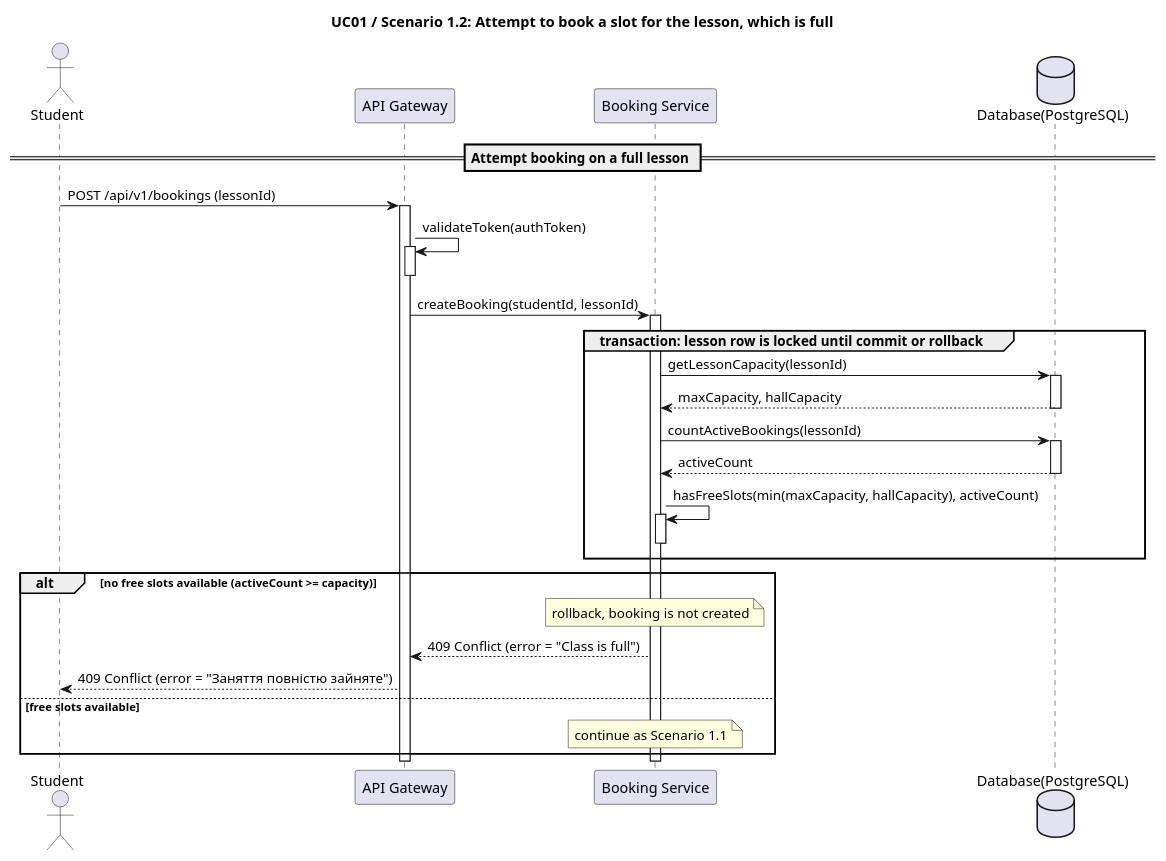
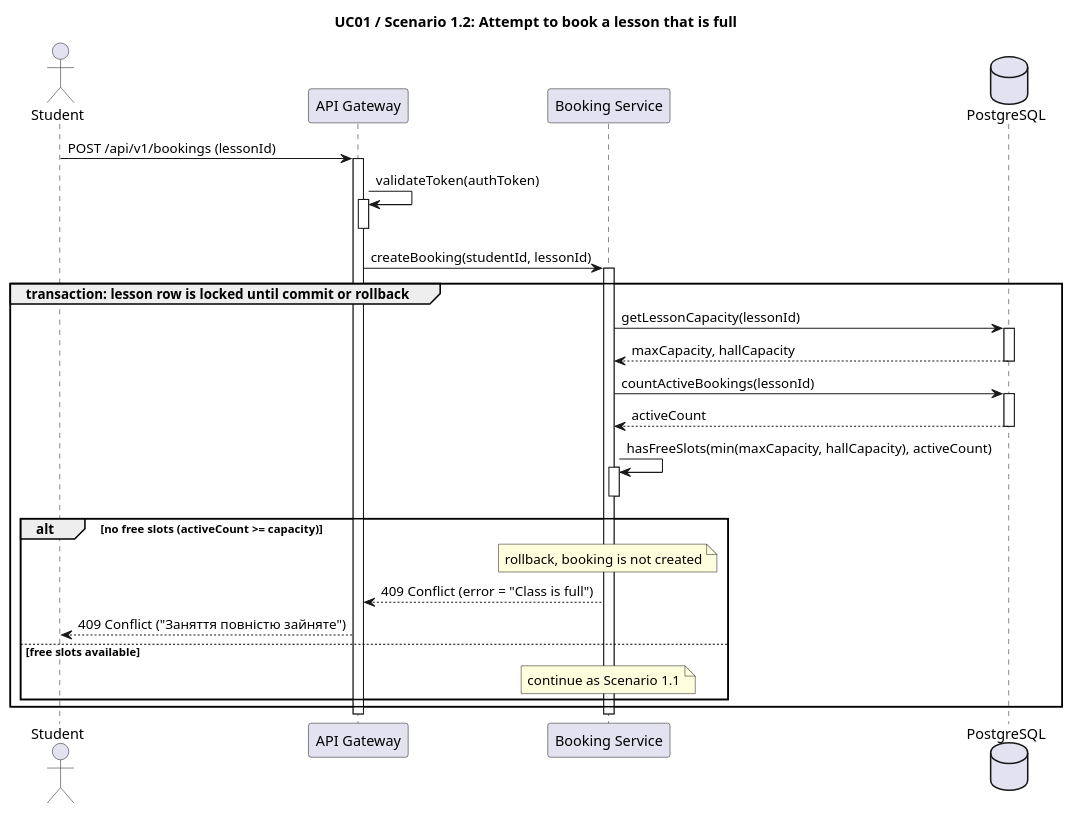
Before and after one commit to prashchukdanylo-stack/software-requirements-modeling-and-analysis: the diagram in lab3/1.2.puml, drawn with PlantUML. The commit also changed 3 other files, not shown here.

Commit message:
made some changes in first 3 diagrams, redone 1.4 diagram

```diff
--- a/lab3/1.2.puml
+++ b/lab3/1.2.puml
@@ -1,51 +1,45 @@
 @startuml
-
-title UC01 / Scenario 1.2: Attempt to book a slot for the lesson, which is full
-
+title UC01 / Scenario 1.2: Attempt to book a lesson that is full
 
 actor "Student" as Student
 participant "API Gateway" as Gateway
 participant "Booking Service" as BookingService
-database "Database(PostgreSQL)" as DB
+database "PostgreSQL" as DB
 
-== Attempt booking on a full lesson ==
 Student -> Gateway: POST /api/v1/bookings (lessonId)
 activate Gateway
 
 Gateway -> Gateway: validateToken(authToken)
 activate Gateway
 deactivate Gateway
 
-
 Gateway -> BookingService: createBooking(studentId, lessonId)
 activate BookingService
 
 group transaction: lesson row is locked until commit or rollback
-
     BookingService -> DB: getLessonCapacity(lessonId)
-    activate DB 
-
+    activate DB
     DB --> BookingService: maxCapacity, hallCapacity
     deactivate DB
 
     BookingService -> DB: countActiveBookings(lessonId)
     activate DB
     DB --> BookingService: activeCount
     deactivate DB
 
     BookingService -> BookingService: hasFreeSlots(min(maxCapacity, hallCapacity), activeCount)
     activate BookingService
     deactivate BookingService
-end
 
-alt no free slots available (activeCount >= capacity)
-    note over BookingService: rollback, booking is not created
-    BookingService --> Gateway: 409 Conflict (error = "Class is full")
-    Gateway --> Student: 409 Conflict (error = "Заняття повністю зайняте")
-else free slots available
-    note over BookingService: continue as Scenario 1.1
+    alt no free slots (activeCount >= capacity)
+        note over BookingService: rollback, booking is not created
+        BookingService --> Gateway: 409 Conflict (error = "Class is full")
+        Gateway --> Student: 409 Conflict ("Заняття повністю зайняте")
+    else free slots available
+        note over BookingService: continue as Scenario 1.1
+    end
 end
 
 deactivate BookingService
 deactivate Gateway
 @enduml
```
